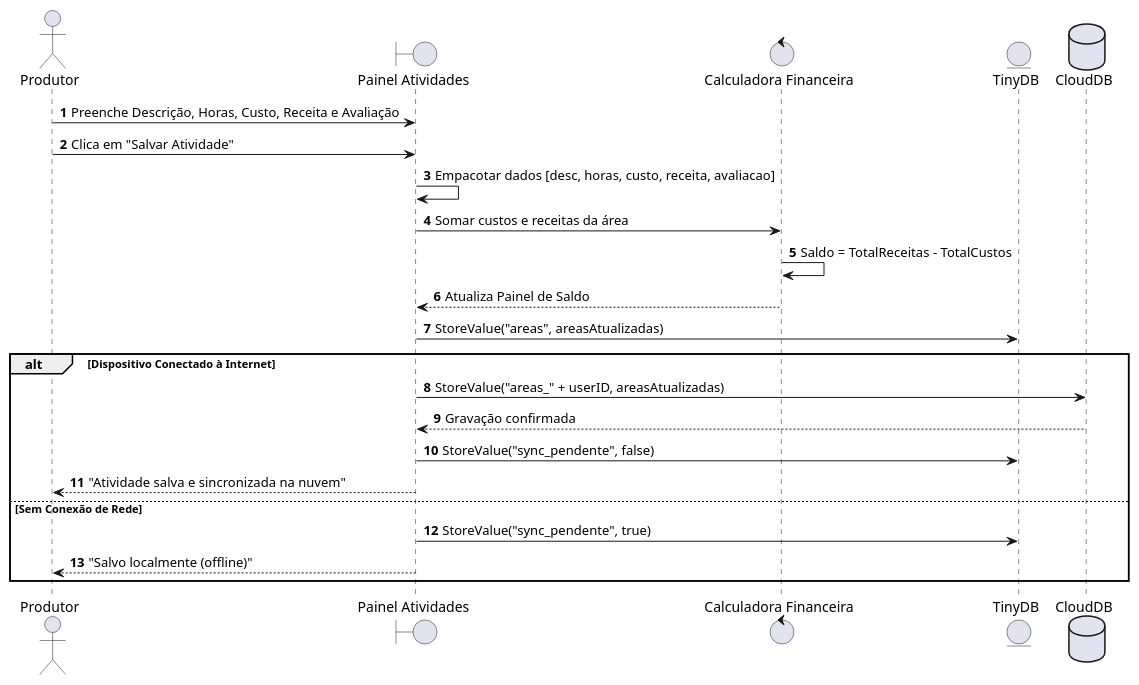
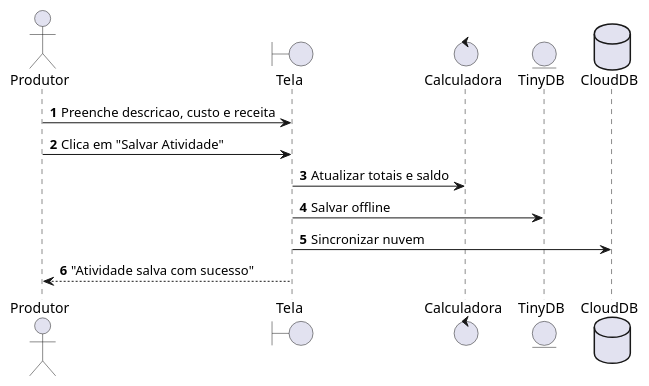
Before and after one commit to heduardowitkoski/CMA_manejo_rural: the fourth of 5 diagrams in DOCUMENTACAO_E_RELATORIO_TECNICO.md, drawn with PlantUML. The commit also changed other lines of this file, not shown here.

````diff
--- a/DOCUMENTACAO_E_RELATORIO_TECNICO.md
+++ b/DOCUMENTACAO_E_RELATORIO_TECNICO.md
@@ -225,27 +136,17 @@
 ```plantuml
 @startuml
 autonumber
 actor Produtor
-boundary "Painel Atividades" as UI
-control "Calculadora Financeira" as Fin
-entity "TinyDB" as DB
-database "CloudDB" as Cloud
+boundary Tela
+control "Calculadora" as Calc
+entity TinyDB
+database CloudDB
 
-Produtor -> UI : Preenche Descrição, Horas, Custo, Receita e Avaliação
-Produtor -> UI : Clica em "Salvar Atividade"
-UI -> UI : Empacotar dados [desc, horas, custo, receita, avaliacao]
-UI -> Fin : Somar custos e receitas da área
-Fin -> Fin : Saldo = TotalReceitas - TotalCustos
-Fin --> UI : Atualiza Painel de Saldo
-UI -> DB : StoreValue("areas", areasAtualizadas)
-alt Dispositivo Conectado à Internet
-    UI -> Cloud : StoreValue("areas_" + userID, areasAtualizadas)
-    Cloud --> UI : Gravação confirmada
-    UI -> DB : StoreValue("sync_pendente", false)
-    UI --> Produtor : "Atividade salva e sincronizada na nuvem"
-else Sem Conexão de Rede
-    UI -> DB : StoreValue("sync_pendente", true)
-    UI --> Produtor : "Salvo localmente (offline)"
-end
+Produtor -> Tela : Preenche descricao, custo e receita
+Produtor -> Tela : Clica em "Salvar Atividade"
+Tela -> Calc : Atualizar totais e saldo
+Tela -> TinyDB : Salvar offline
+Tela -> CloudDB : Sincronizar nuvem
+Tela --> Produtor : "Atividade salva com sucesso"
 @enduml
 ```
````
